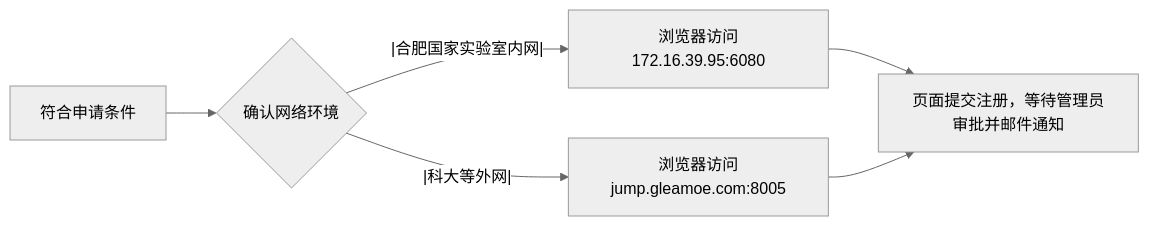
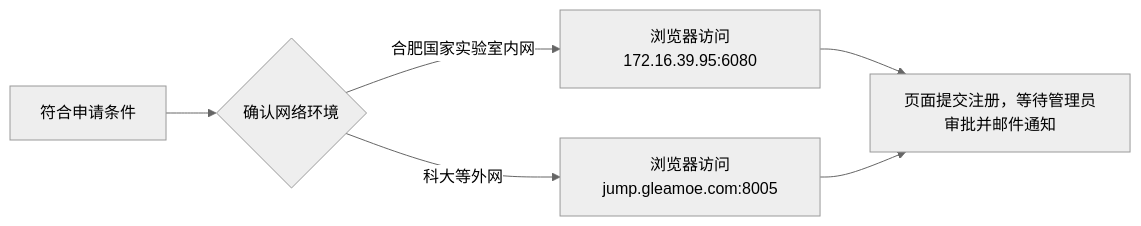
The first of 2 diagrams in _posts/2025-07-25-Yang Group HFNL 服务器使用简明手册.md (hfnl-yanggroup/hfnl-yanggroup.github.io), drawn with Mermaid (neutral theme) before and after one commit. The commit also changed 1 other file, not shown here.

````diff
--- a/_posts/2025-07-25-Yang Group HFNL 服务器使用简明手册.md
+++ b/_posts/2025-07-25-Yang Group HFNL 服务器使用简明手册.md
@@ -21,14 +21,14 @@
 ```mermaid
 graph LR
     A[符合申请条件]
     B{确认网络环境}
     C[浏览器访问172.16.39.95:6080]
     D[浏览器访问jump.gleamoe.com:8005]
     E[页面提交注册，等待管理员审批并邮件通知]
 
     A --> B
-    B -- |合肥国家实验室内网| --> C
-    B -- |科大等外网| --> D
+    B -- 合肥国家实验室内网 --> C
+    B -- 科大等外网 --> D
     C --> E
     D --> E
 ```
````
